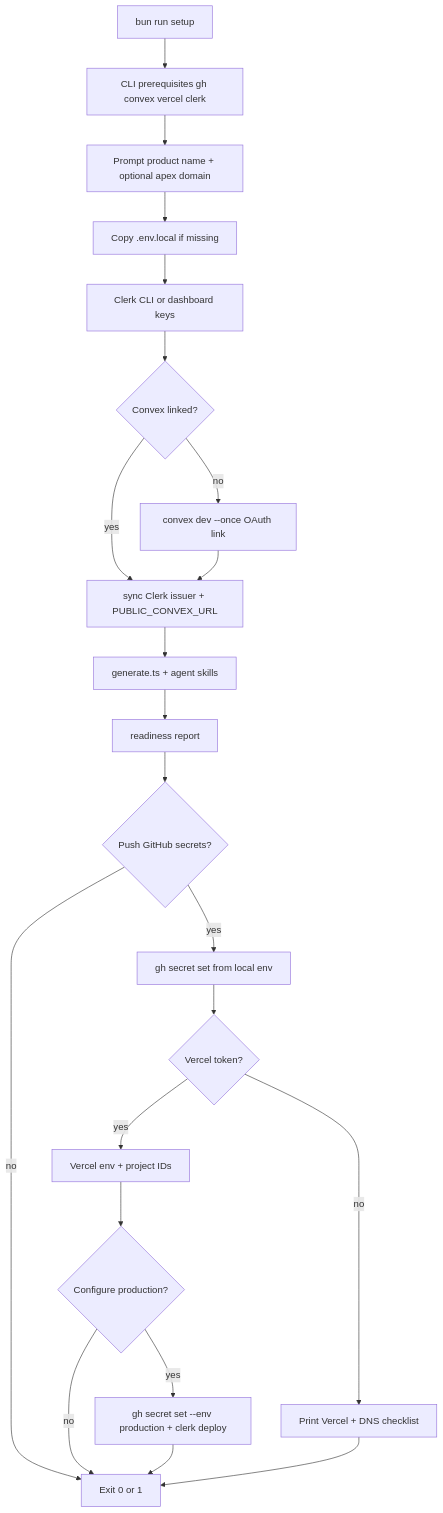
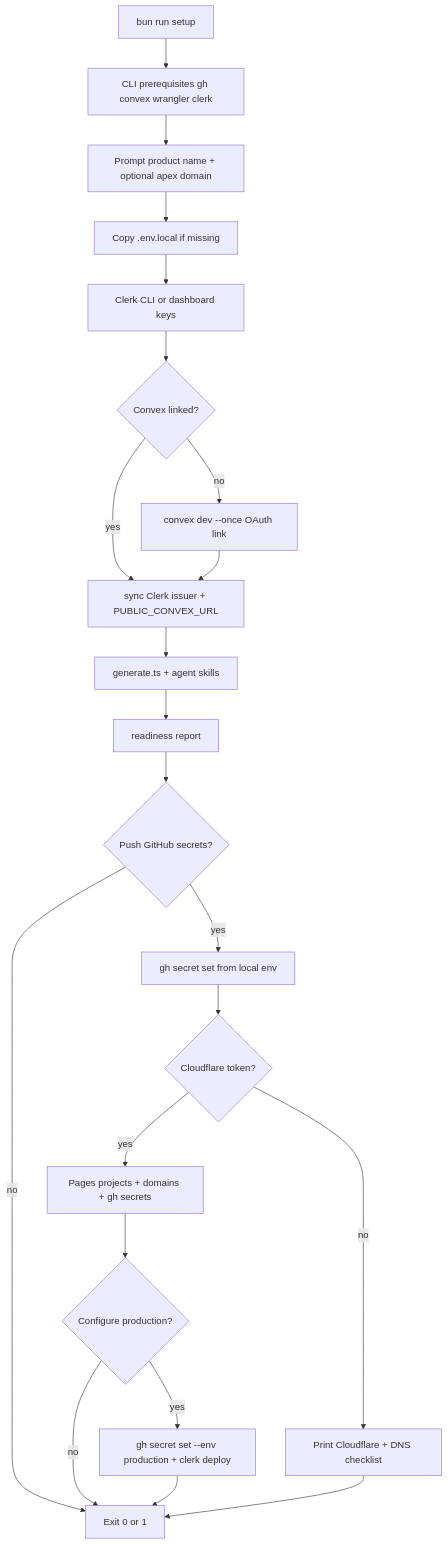
One commit to PeterHewat/Svelter changed the diagram in docs/setup-automation.md. Above: the diagram before and after it, drawn with Mermaid. The commit also changed other lines of this file and 85 other files, not shown here.

First line of the commit message:
Migrate hosting from Vercel to Cloudflare Pages (#5)

````diff
--- a/docs/setup-automation.md
+++ b/docs/setup-automation.md
@@ -177,24 +177,24 @@
 ```mermaid
 flowchart TD
-  start[bun run setup] --> cli[CLI prerequisites gh convex vercel clerk]
+  start[bun run setup] --> cli[CLI prerequisites gh convex wrangler clerk]
   cli --> identity[Prompt product name + optional apex domain]
   identity --> scaffold[Copy .env.local if missing]
   scaffold --> clerk[Clerk CLI or dashboard keys]
   clerk --> convex{Convex linked?}
   convex -->|no| convexLink[convex dev --once OAuth link]
   convex -->|yes| sync[sync Clerk issuer + PUBLIC_CONVEX_URL]
   convexLink --> sync
   sync --> codegen[generate.ts + agent skills]
   codegen --> readiness[readiness report]
   readiness --> ci{Push GitHub secrets?}
   ci -->|yes| ghSecrets[gh secret set from local env]
   ci -->|no| done[Exit 0 or 1]
-  ghSecrets --> vercel{Vercel token?}
-  vercel -->|yes| vercelBootstrap[Vercel env + project IDs]
-  vercel -->|no| checklist[Print Vercel + DNS checklist]
-  vercelBootstrap --> prod{Configure production?}
+  ghSecrets --> cf{Cloudflare token?}
+  cf -->|yes| cfBootstrap[Pages projects + domains + gh secrets]
+  cf -->|no| checklist[Print Cloudflare + DNS checklist]
+  cfBootstrap --> prod{Configure production?}
   prod -->|yes| prodSecrets[gh secret set --env production + clerk deploy]
   prod -->|no| done
   prodSecrets --> done
   checklist --> done
 ```
````
